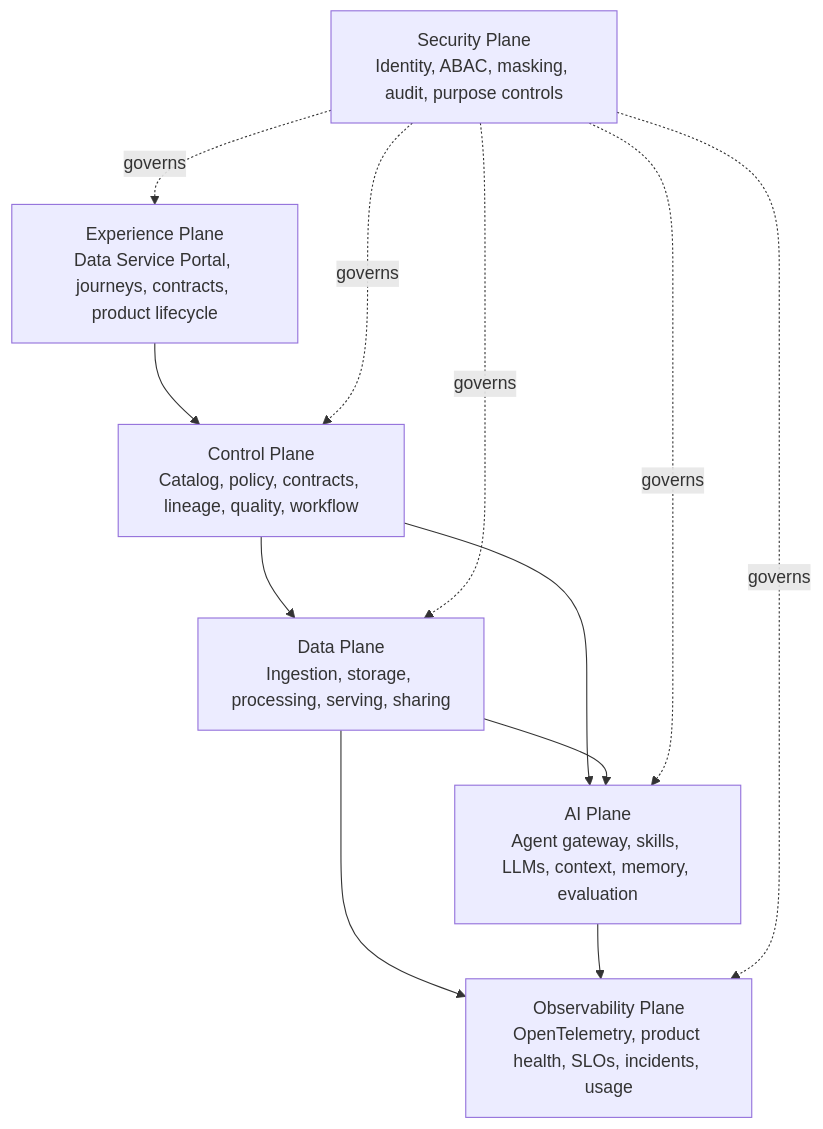
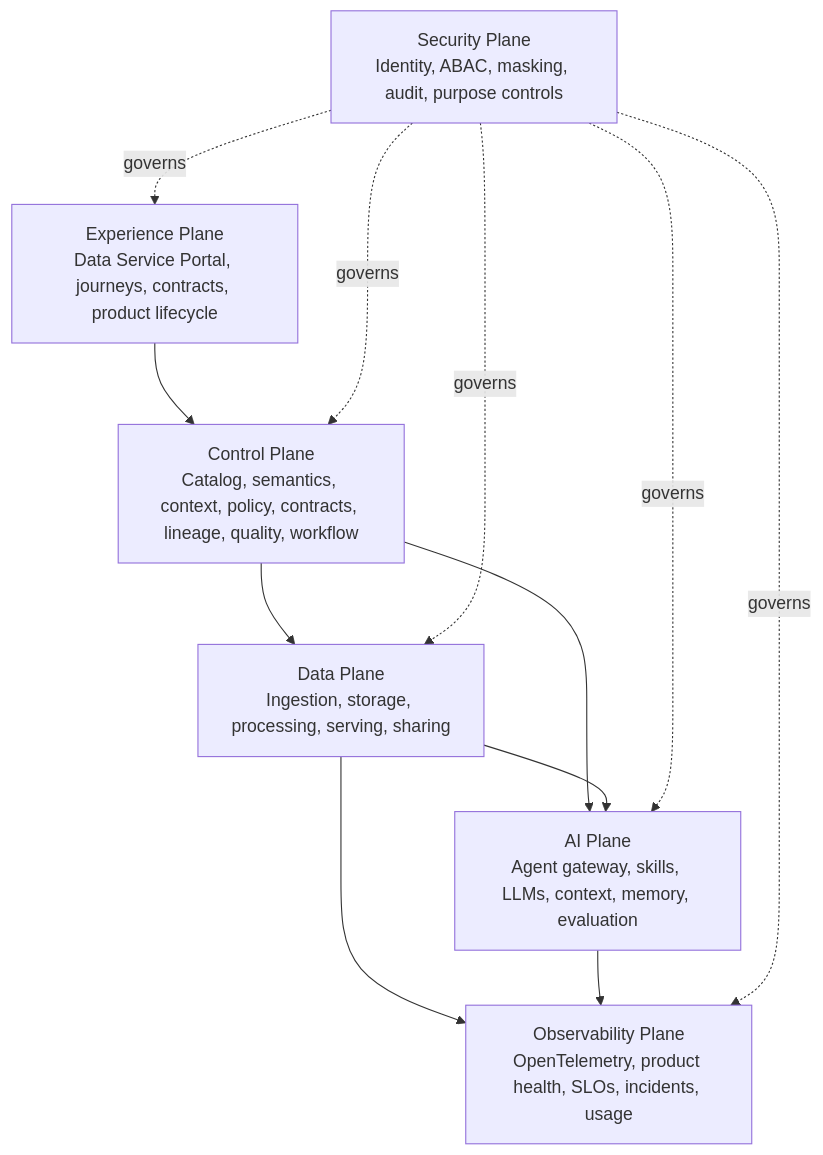
The diagram in docs/architecture/target-architecture.md (cong78/data-foundation-architecture), drawn with Mermaid before and after one commit. The commit also changed other lines of this file and 2 other files, not shown here.

Commit message:
Clarify catalog and knowledge graph architecture

````diff
--- a/docs/architecture/target-architecture.md
+++ b/docs/architecture/target-architecture.md
@@ -7,21 +7,21 @@
 ```mermaid
 flowchart TB
     XP["Experience Plane<br/>Data Service Portal, journeys, contracts, product lifecycle"]
-    CP["Control Plane<br/>Catalog, policy, contracts, lineage, quality, workflow"]
+    CP["Control Plane<br/>Catalog, semantics, context, policy, contracts, lineage, quality, workflow"]
     DP["Data Plane<br/>Ingestion, storage, processing, serving, sharing"]
     AIP["AI Plane<br/>Agent gateway, skills, LLMs, context, memory, evaluation"]
     OP["Observability Plane<br/>OpenTelemetry, product health, SLOs, incidents, usage"]
     SP["Security Plane<br/>Identity, ABAC, masking, audit, purpose controls"]
 
     XP --> CP
     CP --> DP
     CP --> AIP
     DP --> AIP
     DP --> OP
     AIP --> OP
     SP -. governs .-> XP
     SP -. governs .-> CP
     SP -. governs .-> DP
     SP -. governs .-> AIP
     SP -. governs .-> OP
 ```
````
